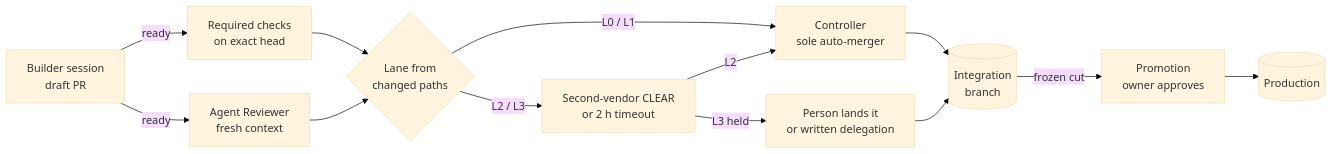
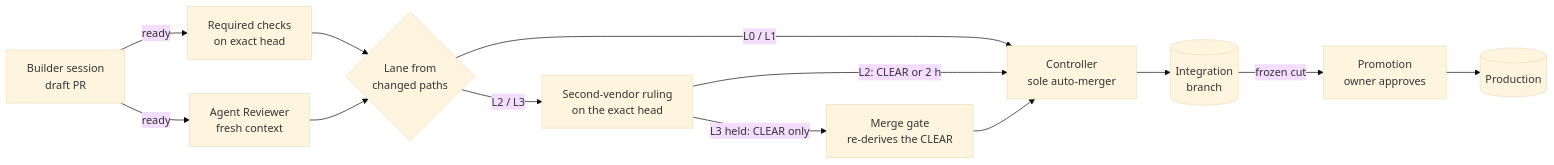
One commit to SVRN-AGNT/Dale-OS changed the diagram in shipping/README.md. Above: the diagram before and after it, drawn with Mermaid (base theme). The commit also changed other lines of this file and 20 other files, not shown here.

First line of the commit message:
[HIGH STAKES] docs: add a harness map and bring public docs in line with the merge-gate rulings (#54)

````diff
--- a/shipping/README.md
+++ b/shipping/README.md
@@ -62,14 +64,14 @@
 ```mermaid
 flowchart LR
   B[Builder session<br/>draft PR] -->|ready| CI[Required checks<br/>on exact head]
   B -->|ready| AR[Agent Reviewer<br/>fresh context]
   CI --> L{Lane from<br/>changed paths}
   AR --> L
   L -->|L0 / L1| C[Controller<br/>sole auto-merger]
-  L -->|L2 / L3| PM[Second-vendor CLEAR<br/>or 2 h timeout]
-  PM -->|L2| C
-  PM -->|L3 held| H[Person lands it<br/>or written delegation]
+  L -->|L2 / L3| PM[Second-vendor ruling<br/>on the exact head]
+  PM -->|L2: CLEAR or 2 h| C
+  PM -->|L3 held: CLEAR only| G[Merge gate<br/>re-derives the CLEAR]
+  G --> C
   C --> I[(Integration<br/>branch)]
-  H --> I
   I -->|frozen cut| P[Promotion<br/>owner approves] --> PROD[(Production)]
 ```
````
